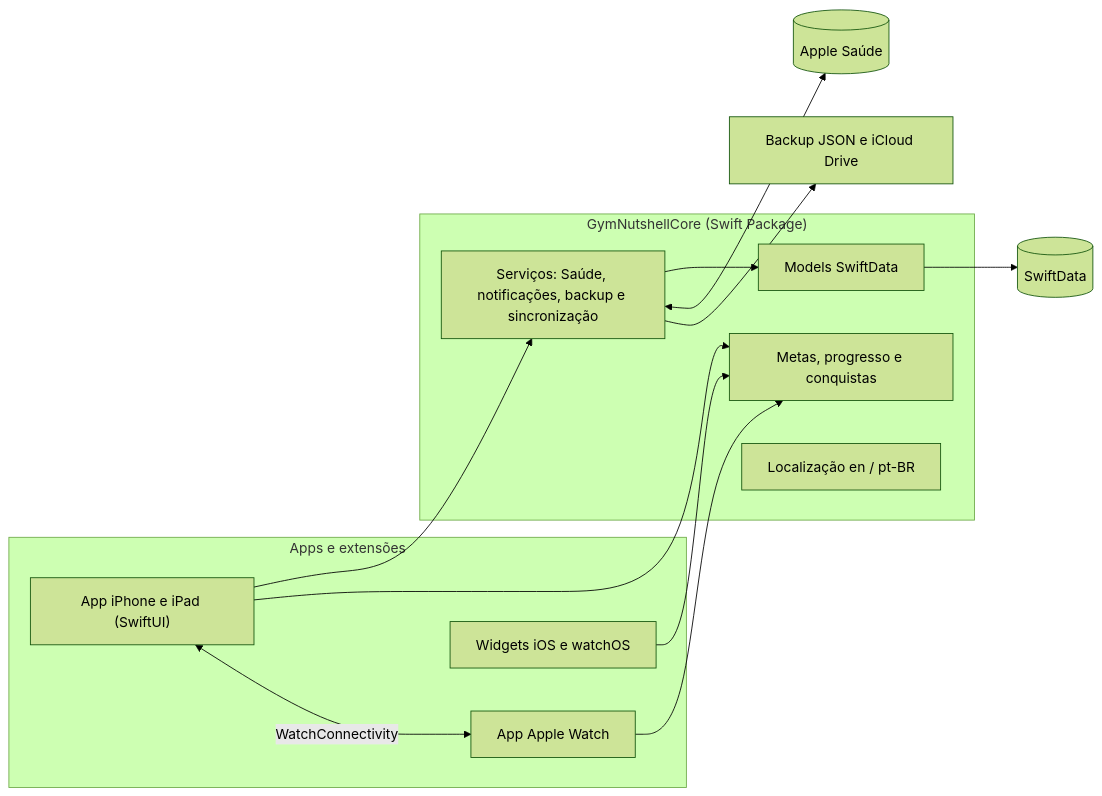
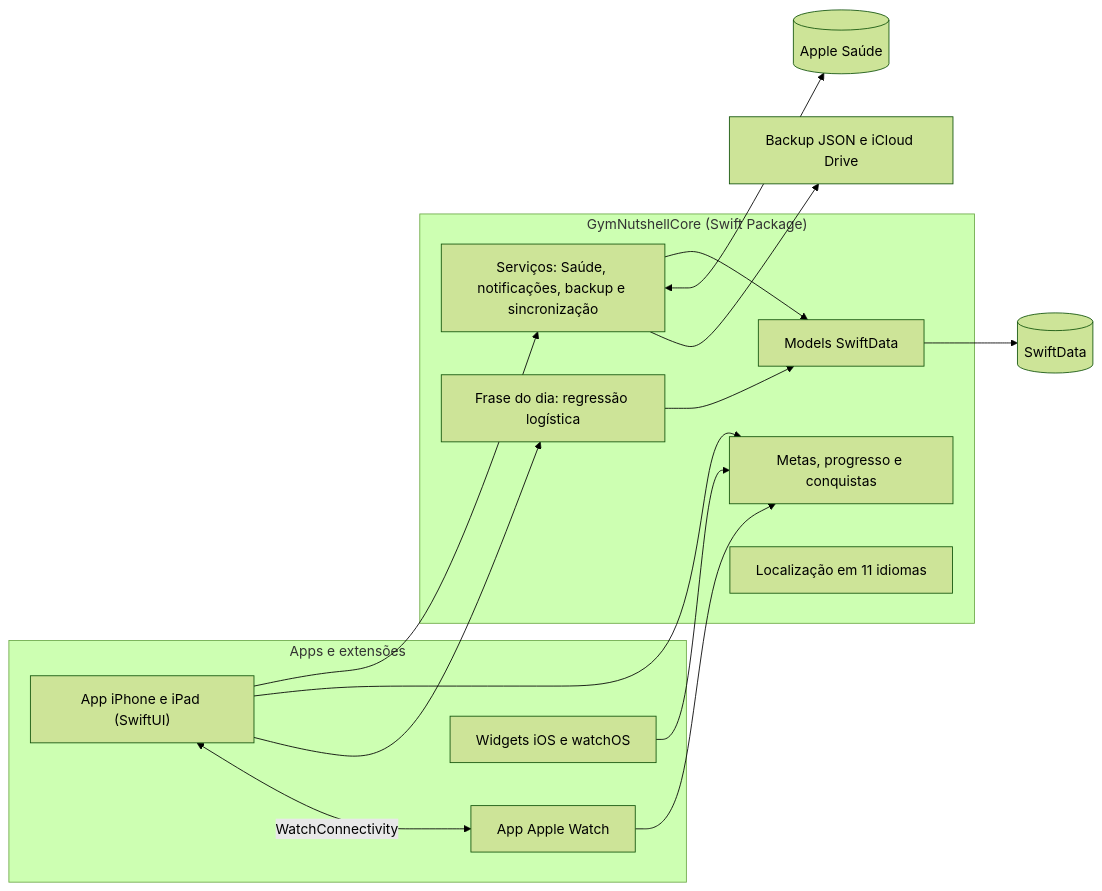
The first of 4 diagrams in .github/README.md (jonathaxs/gymnutshell-ios), drawn with Mermaid (forest theme) before and after one commit. The commit also changed other lines of this file and 13 other files, not shown here.

Commit message:
feat: adicionada página da frase do dia nos ajustes e atualizado readme da 2.0

````diff
--- a/.github/README.md
+++ b/.github/README.md
@@ -69,25 +87,28 @@
 ```mermaid
 flowchart LR
     subgraph Apps["Apps e extensões"]
         Phone["App iPhone e iPad (SwiftUI)"]
         Watch["App Apple Watch"]
         Widgets["Widgets iOS e watchOS"]
     end
 
     subgraph Core["GymNutshellCore (Swift Package)"]
         Models["Models SwiftData"]
         Goals["Metas, progresso e conquistas"]
         Services["Serviços: Saúde, notificações, backup e sincronização"]
-        Loc["Localização en / pt-BR"]
+        ML["Frase do dia: regressão logística"]
+        Loc["Localização em 11 idiomas"]
     end
 
     Phone --> Services
     Phone --> Goals
+    Phone --> ML
+    ML --> Models
     Watch --> Goals
     Widgets --> Goals
     Phone <-->|WatchConnectivity| Watch
     Services --> Models
     Models --> Store[("SwiftData")]
     Services <--> Health[("Apple Saúde")]
     Services --> Backup["Backup JSON e iCloud Drive"]
 ```
````
